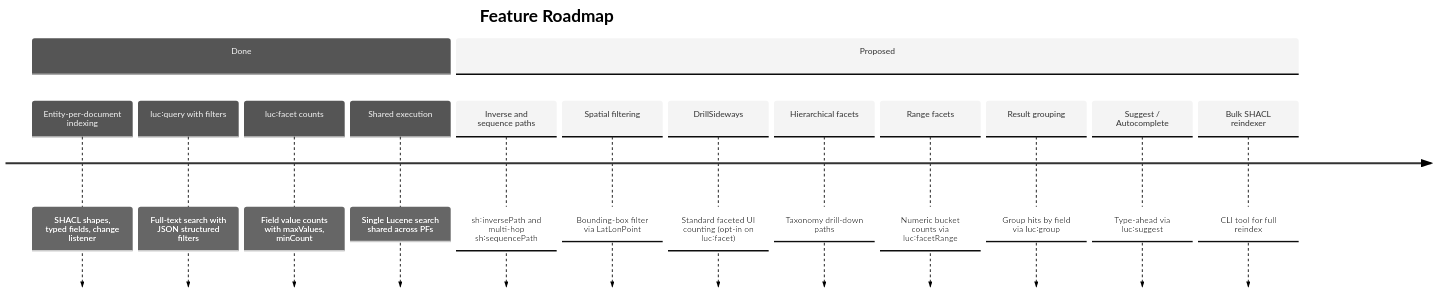
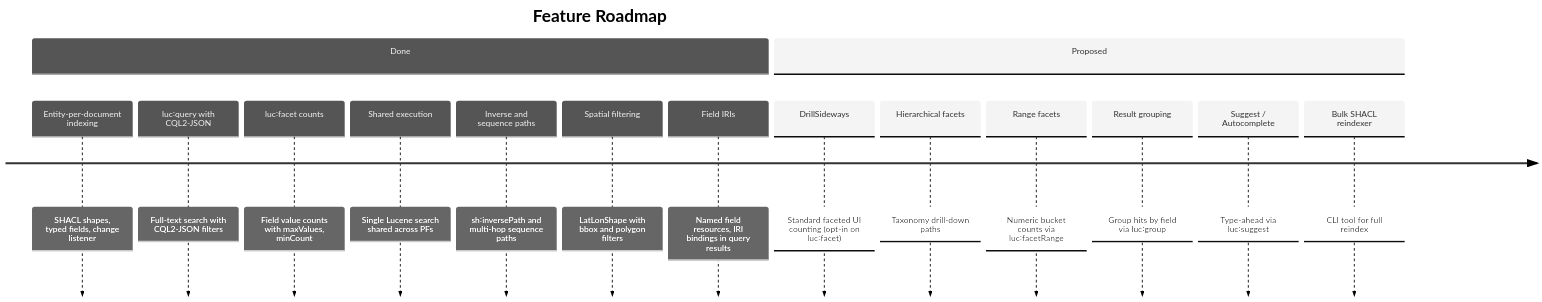
One commit to apache/jena changed the second of 2 diagrams in docs/README.md. Above: the diagram before and after it, drawn with Mermaid (neutral theme). The commit also changed other lines of this file and 69 other files, not shown here.

First line of the commit message:
Use field IRIs in query and facet APIs (#31, #34) (#37)

````diff
--- a/docs/README.md
+++ b/docs/README.md
@@ -96,18 +89,19 @@
 ```mermaid
 timeline
     title Feature Roadmap
     section Done
         Entity-per-document indexing   : SHACL shapes, typed fields, change listener
-        luc꞉query with filters         : Full-text search with JSON structured filters
+        luc꞉query with CQL2-JSON      : Full-text search with CQL2-JSON filters
         luc꞉facet counts               : Field value counts with maxValues, minCount
         Shared execution               : Single Lucene search shared across PFs
+        Inverse and sequence paths     : sh꞉inversePath and multi-hop sequence paths
+        Spatial filtering              : LatLonShape with bbox and polygon filters
+        Field IRIs                     : Named field resources, IRI bindings in query results
     section Proposed
-        Inverse and sequence paths     : sh꞉inversePath and multi-hop sh꞉sequencePath
-        Spatial filtering              : Bounding-box filter via LatLonPoint
         DrillSideways                  : Standard faceted UI counting (opt-in on luc꞉facet)
         Hierarchical facets            : Taxonomy drill-down paths
         Range facets                   : Numeric bucket counts via luc꞉facetRange
         Result grouping                : Group hits by field via luc꞉group
         Suggest / Autocomplete         : Type-ahead via luc꞉suggest
         Bulk SHACL reindexer           : CLI tool for full reindex
 ```
````
